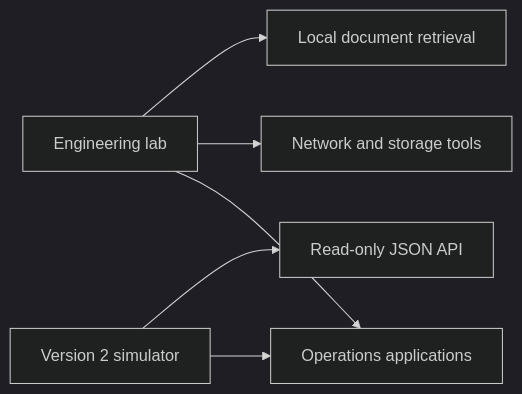
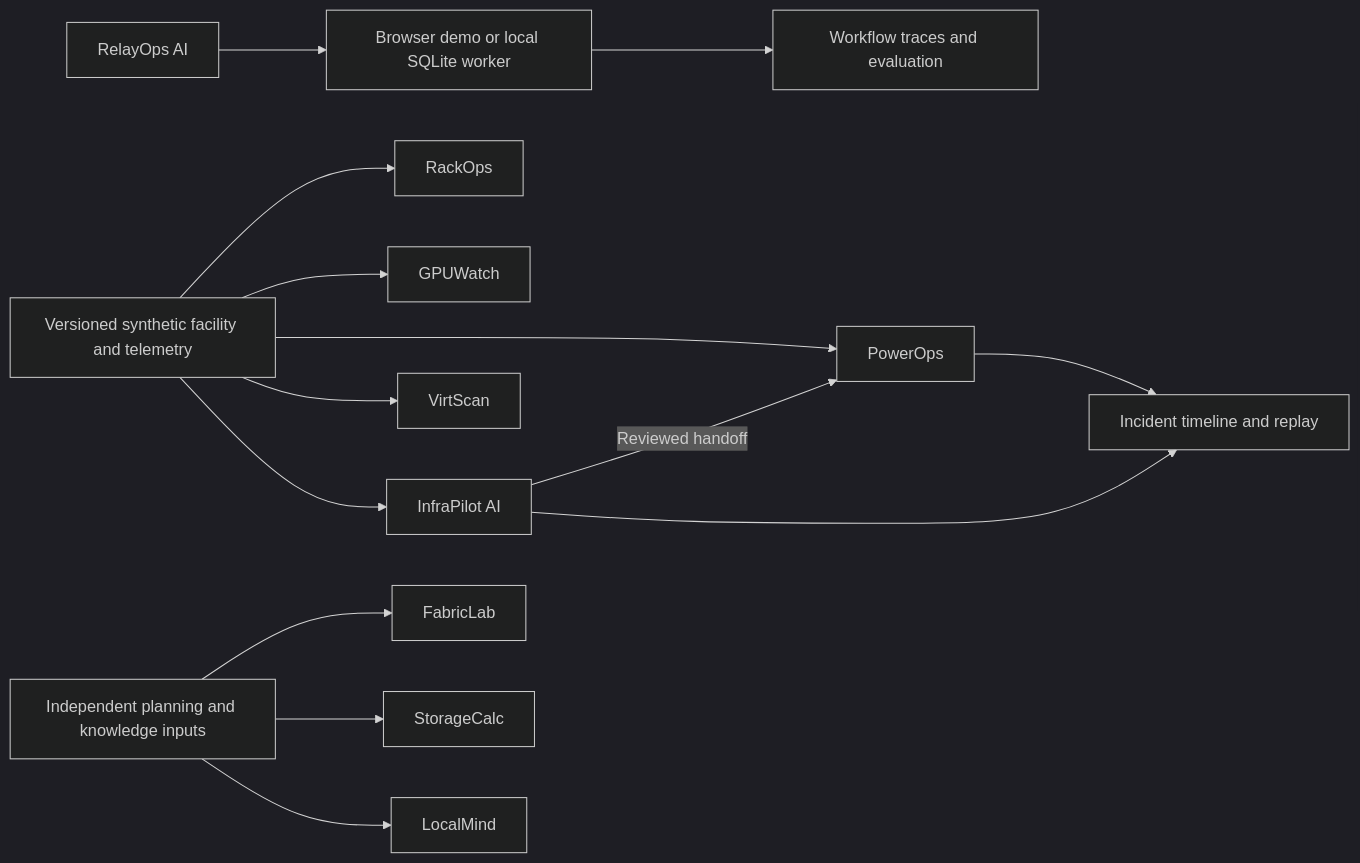
The diagram in Readme.md (Paragjindal01/Paragjindal01), drawn with Mermaid (dark theme) before and after one commit. The commit also changed other lines of this file and 4 other files, not shown here.

````diff
--- a/Readme.md
+++ b/Readme.md
@@ -35,8 +118,16 @@
 ```mermaid
 flowchart LR
-  Launcher[Engineering lab] --> Control[Operations applications]
-  Simulator[Version 2 simulator] --> Control
-  Simulator --> API[Read-only JSON API]
-  Launcher --> Plan[Network and storage tools]
-  Launcher --> RAG[Local document retrieval]
+  Simulator[Versioned synthetic facility and telemetry] --> RackOps
+  Simulator --> GPUWatch
+  Simulator --> PowerOps
+  Simulator --> VirtScan
+  Simulator --> InfraPilot[InfraPilot AI]
+  InfraPilot -->|Reviewed handoff| PowerOps
+  InfraPilot --> Replay[Incident timeline and replay]
+  PowerOps --> Replay
+  Input[Independent planning and knowledge inputs] --> FabricLab
+  Input --> StorageCalc
+  Input --> LocalMind
+  RelayOps[RelayOps AI] --> Services[Browser demo or local SQLite worker]
+  Services --> Trace[Workflow traces and evaluation]
 ```
````
